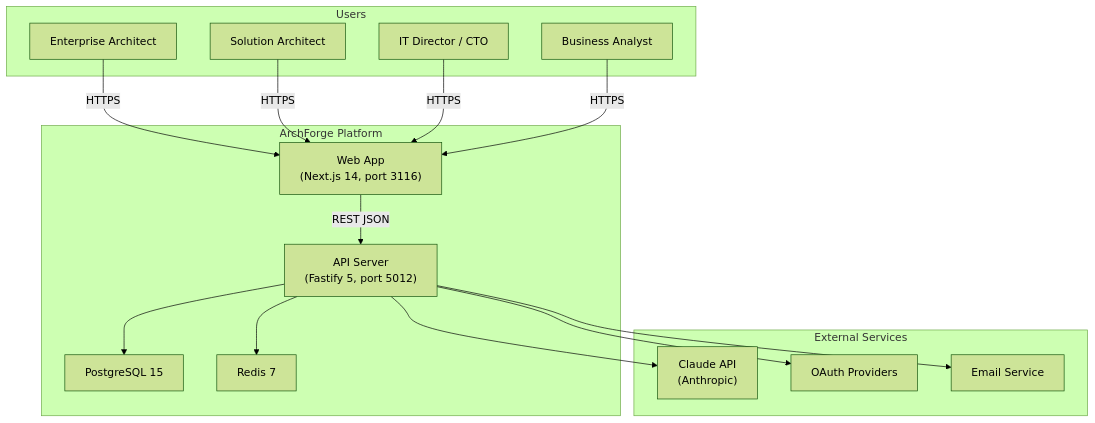
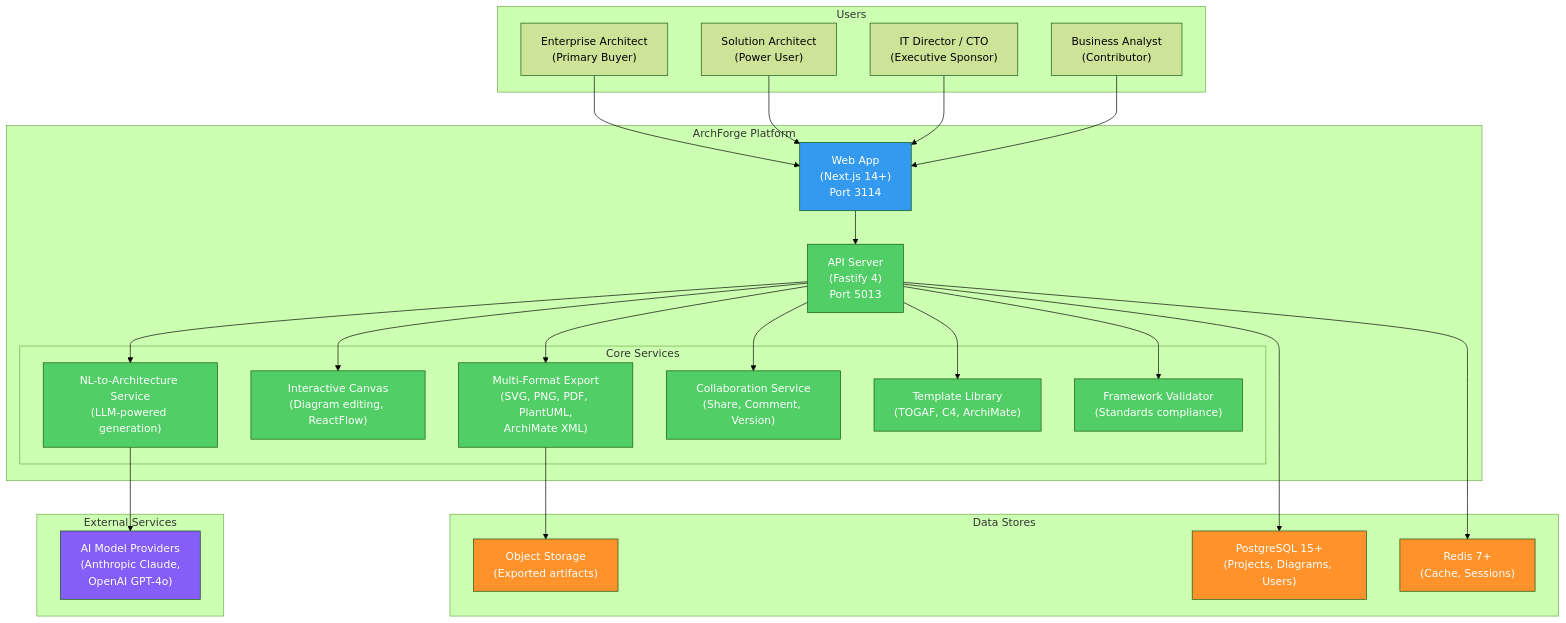
The diagram in products/archforge/README.md (Tamoura/Claude-Code-creates-the-SW-company), drawn with Mermaid (forest theme) before and after one commit. The commit also changed other lines of this file and 8 other files, not shown here.

````diff
--- a/products/archforge/README.md
+++ b/products/archforge/README.md
@@ -19,30 +15,50 @@
 ```mermaid
 graph TD
     subgraph "Users"
-        U1["Enterprise Architect"]
-        U2["Solution Architect"]
-        U3["IT Director / CTO"]
-        U4["Business Analyst"]
+        EA["Enterprise Architect<br/>(Primary Buyer)"]
+        SA["Solution Architect<br/>(Power User)"]
+        CTO["IT Director / CTO<br/>(Executive Sponsor)"]
+        BA["Business Analyst<br/>(Contributor)"]
     end
 
     subgraph "ArchForge Platform"
-        WEB["Web App<br/>(Next.js 14, port 3116)"]
-        API["API Server<br/>(Fastify 5, port 5012)"]
-        DB["PostgreSQL 15"]
-        REDIS["Redis 7"]
+        WEB["Web App<br/>(Next.js 14+)<br/>Port 3114"]
+        API["API Server<br/>(Fastify 4)<br/>Port 5013"]
+
+        subgraph "Core Services"
+            NLP["NL-to-Architecture Service<br/>(LLM-powered generation)"]
+            CANVAS["Interactive Canvas<br/>(Diagram editing, ReactFlow)"]
+            EXPORT["Multi-Format Export<br/>(SVG, PNG, PDF, PlantUML,<br/>ArchiMate XML)"]
+            COLLAB["Collaboration Service<br/>(Share, Comment, Version)"]
+            TEMPLATE["Template Library<br/>(TOGAF, C4, ArchiMate)"]
+            VALIDATE["Framework Validator<br/>(Standards compliance)"]
+        end
+    end
+
+    subgraph "Data Stores"
+        PG["PostgreSQL 15+<br/>(Projects, Diagrams, Users)"]
+        REDIS["Redis 7+<br/>(Cache, Sessions)"]
+        S3["Object Storage<br/>(Exported artifacts)"]
     end
 
     subgraph "External Services"
-        CLAUDE["Claude API<br/>(Anthropic)"]
-        OAUTH["OAuth Providers"]
-        EMAIL["Email Service"]
+        AI["AI Model Providers<br/>(Anthropic Claude,<br/>OpenAI GPT-4o)"]
     end
 
-    U1 & U2 & U3 & U4 -->|HTTPS| WEB
-    WEB -->|REST JSON| API
-    API --> DB
-    API --> REDIS
-    API --> CLAUDE
-    API --> OAUTH
-    API --> EMAIL
+    EA & SA & CTO & BA --> WEB
+    WEB --> API
+    API --> NLP & CANVAS & EXPORT & COLLAB & TEMPLATE & VALIDATE
+    NLP --> AI
+    API --> PG & REDIS
+    EXPORT --> S3
+
+    classDef frontend fill:#339af0,color:#fff
+    classDef backend fill:#51cf66,color:#fff
+    classDef data fill:#ff922b,color:#fff
+    classDef external fill:#845ef7,color:#fff
+
+    class WEB frontend
+    class API,NLP,CANVAS,EXPORT,COLLAB,TEMPLATE,VALIDATE backend
+    class PG,REDIS,S3 data
+    class AI external
 ```
````
